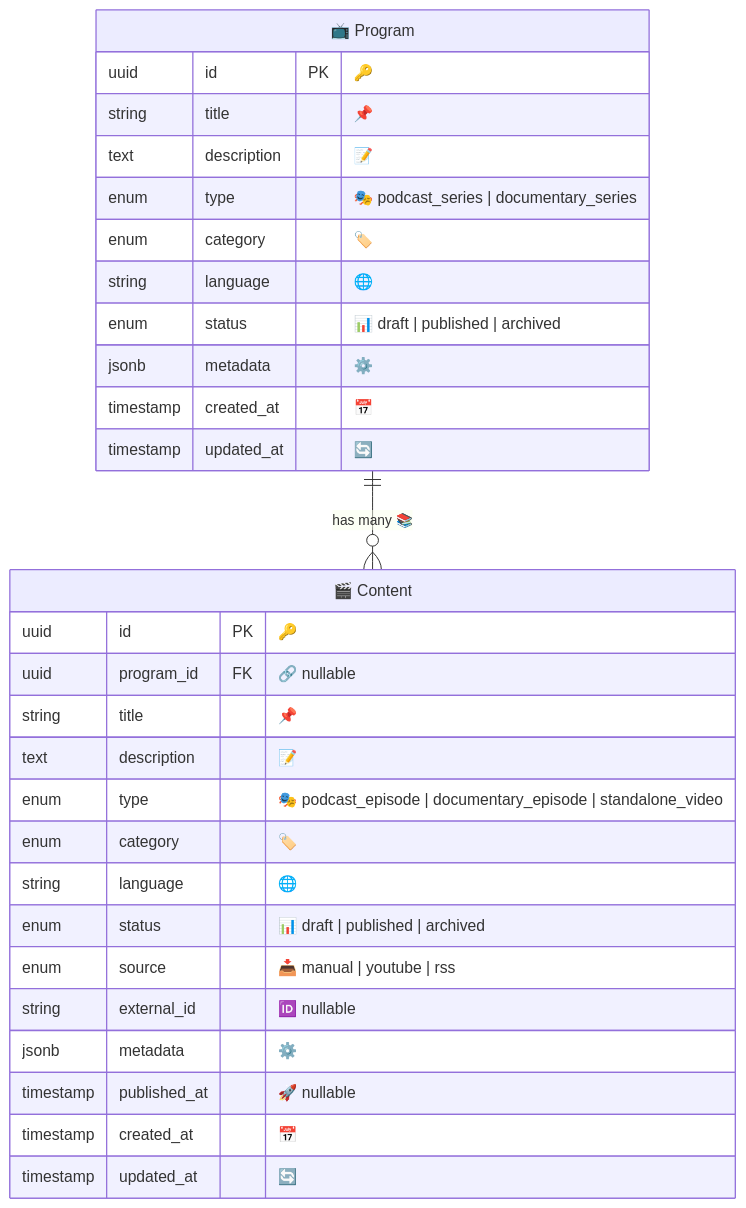
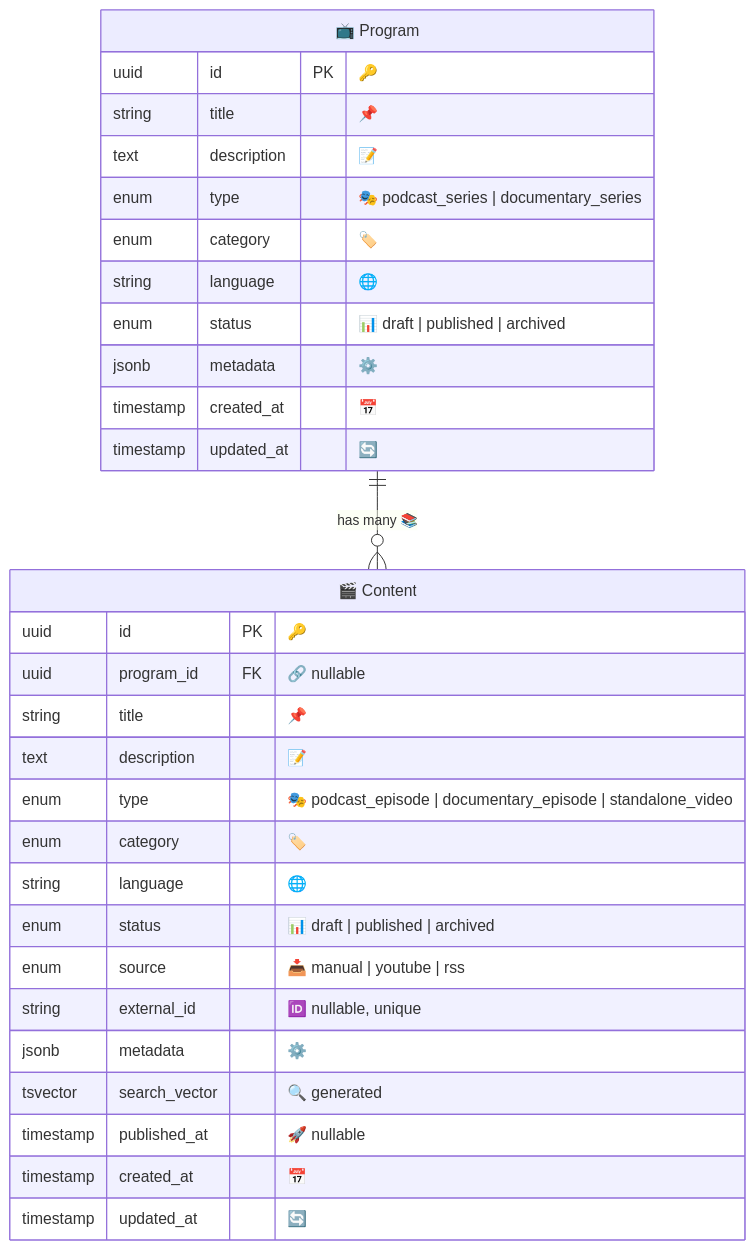
One commit to mmed199/thmanyah-cms changed the third of 7 diagrams in docs/design.md. Above: the diagram before and after it, drawn with Mermaid. The commit also changed other lines of this file and 40 other files, not shown here.

````diff
--- a/docs/design.md
+++ b/docs/design.md
@@ -171,34 +215,35 @@
 ```mermaid
 erDiagram
     Program ||--o{ Content : "has many 📚"
-    
+
     Program["📺 Program"] {
         uuid id PK "🔑"
         string title "📌"
         text description "📝"
         enum type "🎭 podcast_series | documentary_series"
         enum category "🏷️"
         string language "🌐"
         enum status "📊 draft | published | archived"
         jsonb metadata "⚙️"
         timestamp created_at "📅"
         timestamp updated_at "🔄"
     }
-    
+
     Content["🎬 Content"] {
         uuid id PK "🔑"
         uuid program_id FK "🔗 nullable"
         string title "📌"
         text description "📝"
         enum type "🎭 podcast_episode | documentary_episode | standalone_video"
         enum category "🏷️"
         string language "🌐"
         enum status "📊 draft | published | archived"
         enum source "📥 manual | youtube | rss"
-        string external_id "🆔 nullable"
+        string external_id "🆔 nullable, unique"
         jsonb metadata "⚙️"
+        tsvector search_vector "🔍 generated"
         timestamp published_at "🚀 nullable"
         timestamp created_at "📅"
         timestamp updated_at "🔄"
     }
 ```
````
